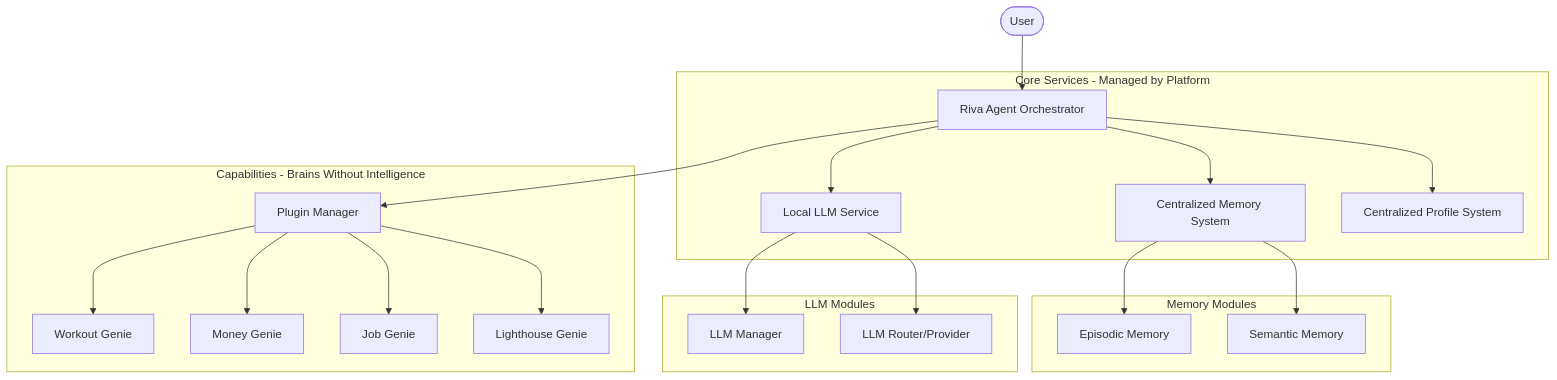
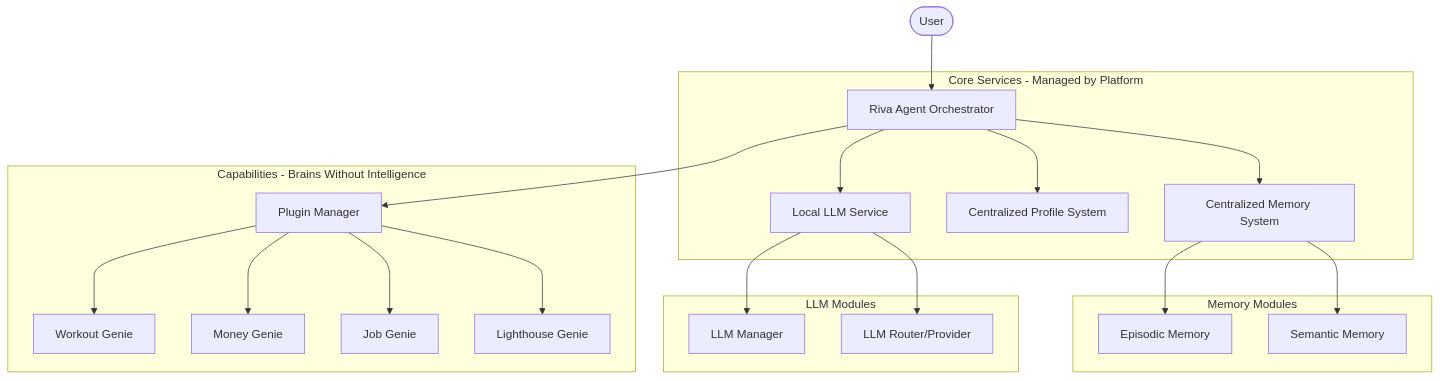
Before and after one commit to anirban-1009/riva: the diagram in docs/architecture.md, drawn with Mermaid. The commit also changed other lines of this file and 4 other files, not shown here.

````diff
--- a/docs/architecture.md
+++ b/docs/architecture.md
@@ -13,29 +15,29 @@
 ```mermaid
 graph TD
     User([User]) --> Orchestrator[Riva Agent Orchestrator]
 
     subgraph Core Services [Core Services - Managed by Platform]
-        Orchestrator --> LLMService[Local LLM Service]
         Orchestrator --> MemorySystem[Centralized Memory System]
         Orchestrator --> ProfileSystem[Centralized Profile System]
+        Orchestrator --> LLMService[Local LLM Service]
     end
 
     subgraph Memory Modules
         MemorySystem --> Episodic[Episodic Memory]
         MemorySystem --> Semantic[Semantic Memory]
     end
 
     subgraph LLM Modules
         LLMService --> Manager[LLM Manager]
         LLMService --> Router[LLM Router/Provider]
     end
 
     Orchestrator --> PluginManager[Plugin Manager]
 
     subgraph Plugins [Capabilities - Brains Without Intelligence]
         PluginManager --> Workout[Workout Genie]
         PluginManager --> Money[Money Genie]
         PluginManager --> Job[Job Genie]
         PluginManager --> Lighthouse[Lighthouse Genie]
     end
 ```
````
